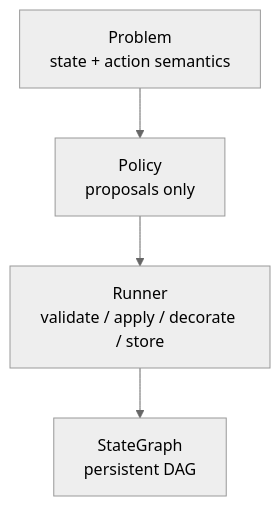
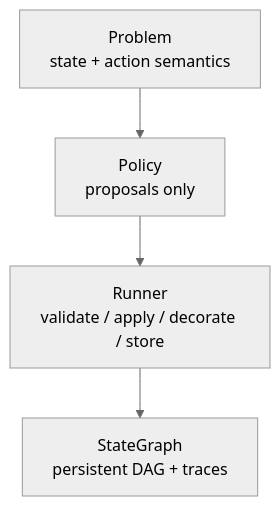
Before and after one commit to McClain-Thiel/yggdrisil: the diagram in docs/index.md, drawn with Mermaid (neutral theme). The commit also changed other lines of this file and 52 other files, not shown here.

````diff
--- a/docs/index.md
+++ b/docs/index.md
@@ -44,6 +45,6 @@
 ```mermaid
 flowchart TD
   P["Problem<br/>state + action semantics"] --> Pol["Policy<br/>proposals only"]
   Pol --> R["Runner<br/>validate / apply / decorate / store"]
-  R --> G["StateGraph<br/>persistent DAG"]
+  R --> G["StateGraph<br/>persistent DAG + traces"]
 ```
````
